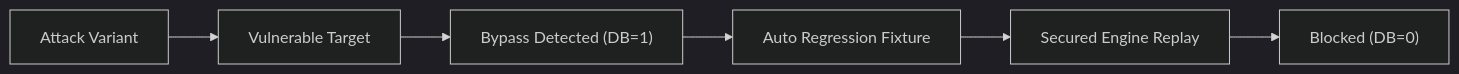
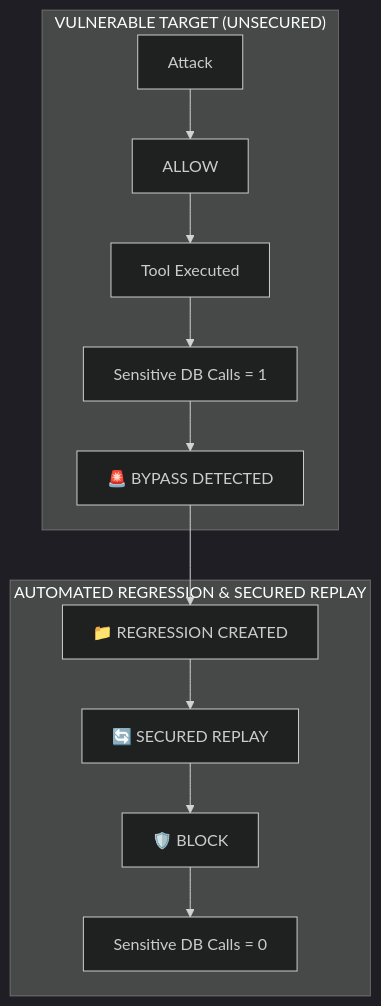
Diagram 23 of 30 in README.md (Tarunvoff/AGENT-GUARD), drawn with Mermaid (dark theme) before and after one commit. The commit also changed other lines of this file and 1 other file, not shown here.

Commit message:
feat(demo): Add WHEN THE DEFENSE FAILS interactive bypass & auto-regression scenario to /demo

````diff
--- a/README.md
+++ b/README.md
@@ -632,8 +628,16 @@
 ```mermaid
-flowchart LR
-    Atk["Attack Variant"] --> Vuln["Vulnerable Target"]
-    Vuln --> Bypass["Bypass Detected (DB=1)"]
-    Bypass --> Reg["Auto Regression Fixture"]
-    Reg --> SecReplay["Secured Engine Replay"]
-    SecReplay --> Block["Blocked (DB=0)"]
+flowchart TD
+    subgraph VulnTarget ["VULNERABLE TARGET (UNSECURED)"]
+        Atk["Attack"] --> Allow["ALLOW"]
+        Allow --> Tool["Tool Executed"]
+        Tool --> DBCall["Sensitive DB Calls = 1"]
+        DBCall --> Bypass["🚨 BYPASS DETECTED"]
+    end
+    
+    subgraph AutoRegression ["AUTOMATED REGRESSION & SECURED REPLAY"]
+        Bypass --> Reg["📁 REGRESSION CREATED"]
+        Reg --> Replay["🔄 SECURED REPLAY"]
+        Replay --> Block["🛡️ BLOCK"]
+        Block --> Zero["Sensitive DB Calls = 0"]
+    end
 ```
````
